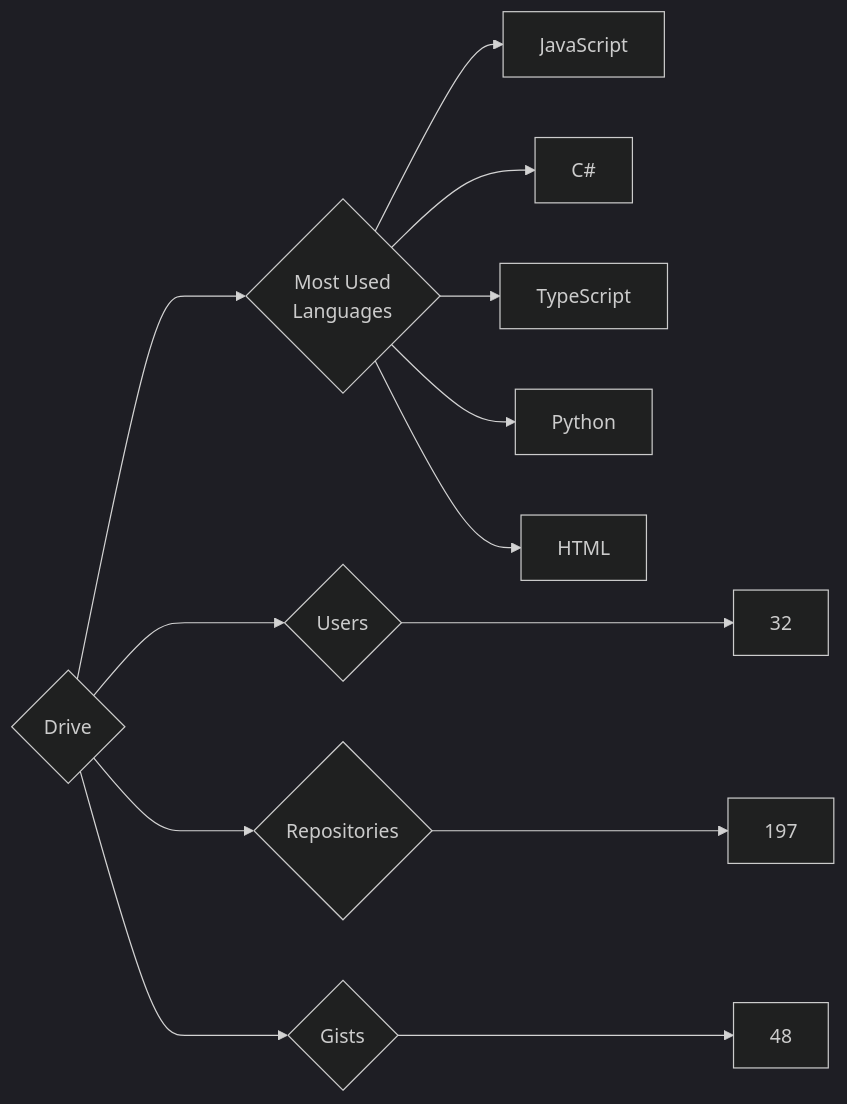
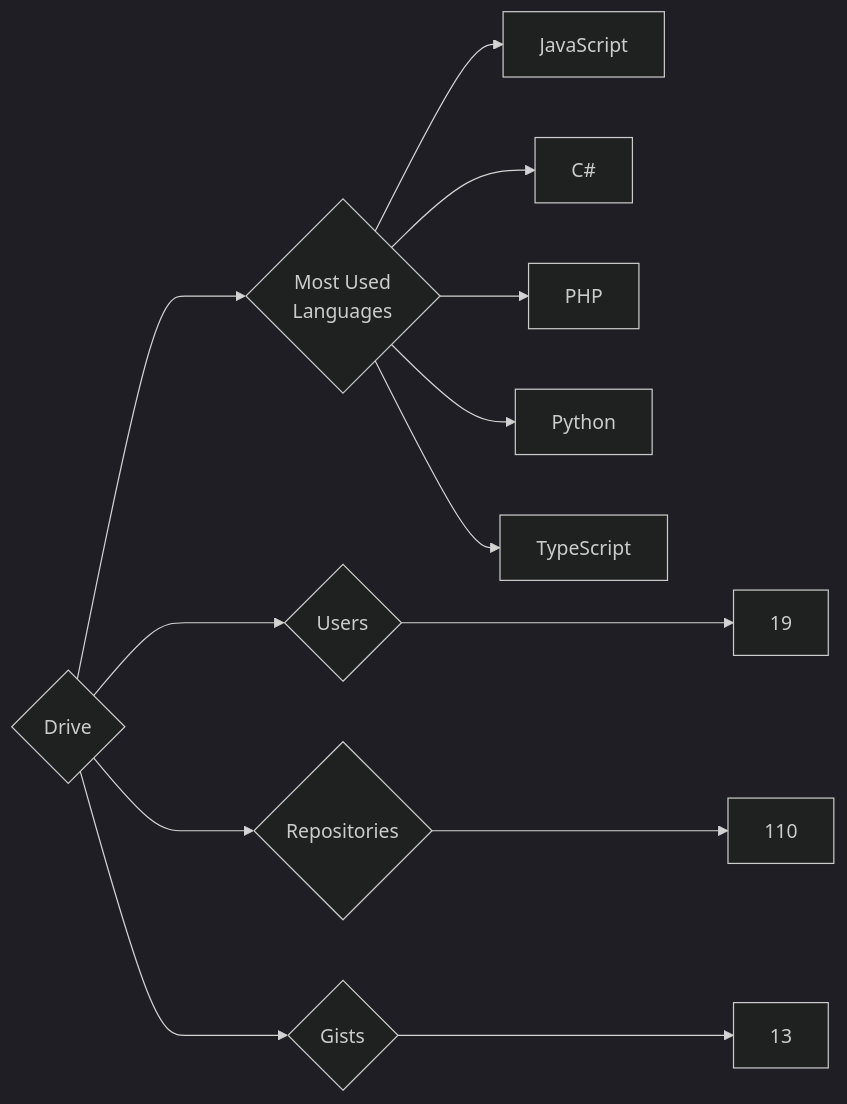
One commit to trickest/insiders changed the diagram in targets/Drive/README.md. Above: the diagram before and after it, drawn with Mermaid (dark theme). The commit also changed 814 other files, not shown here.

````diff
--- a/targets/Drive/README.md
+++ b/targets/Drive/README.md
@@ -3,13 +3,13 @@
 ```mermaid
 graph LR
 COMPANY_NAME{Drive}
-COMPANY_NAME ---> U{Users} ---> UN[32]
-COMPANY_NAME ---> R{Repositories} ---> RN[197]
-COMPANY_NAME ---> G{Gists} ---> GN[48]
+COMPANY_NAME ---> U{Users} ---> UN[19]
+COMPANY_NAME ---> R{Repositories} ---> RN[110]
+COMPANY_NAME ---> G{Gists} ---> GN[13]
 COMPANY_NAME ---> ML{Most Used<br>Languages}
 ML --> JavaScript[JavaScript]
 ML --> C#[C#]
+ML --> PHP[PHP]
+ML --> Python[Python]
 ML --> TypeScript[TypeScript]
-ML --> Python[Python]
-ML --> HTML[HTML]
 ```
````
